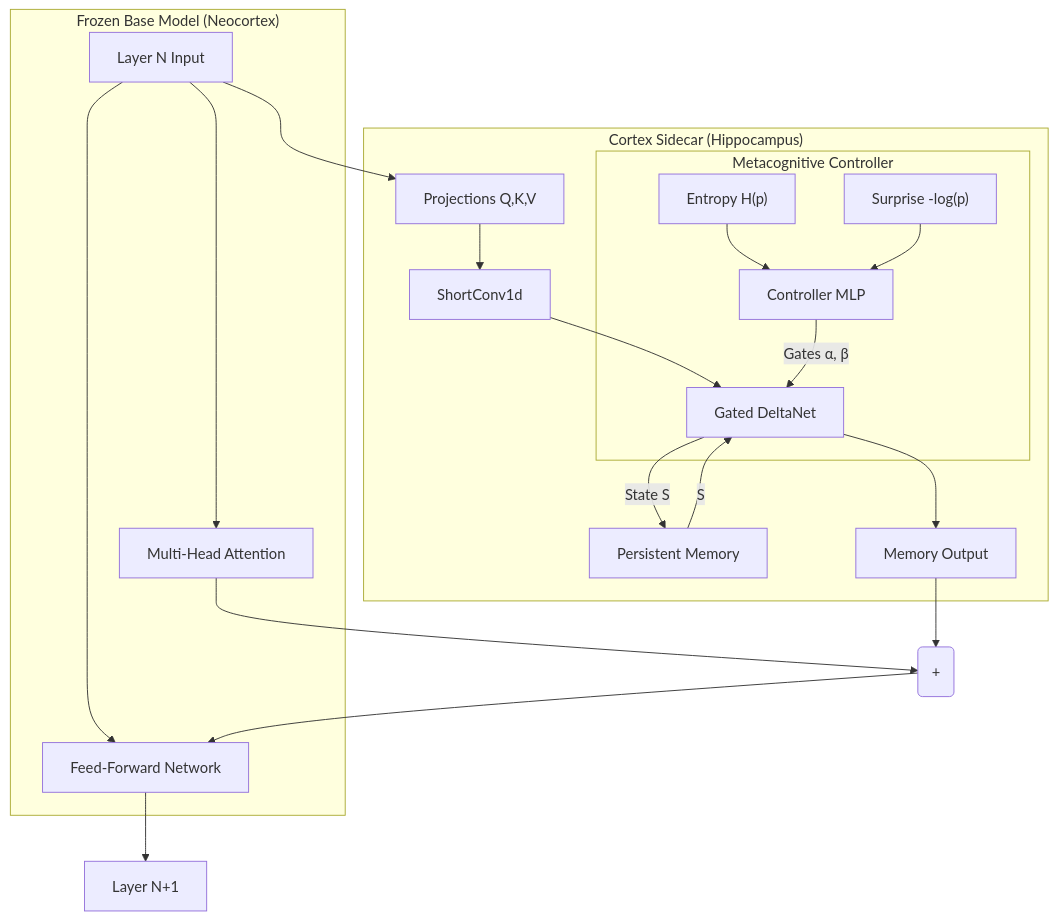
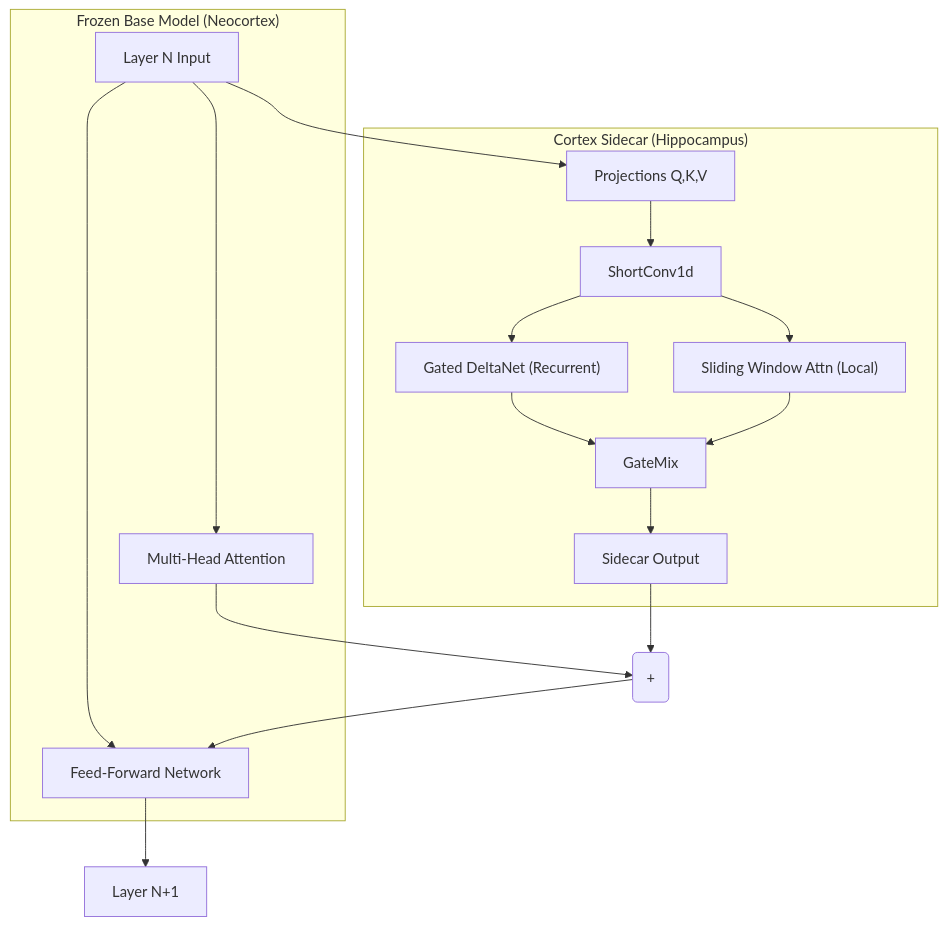
The diagram in README.md (aviad12g/cortex), drawn with Mermaid before and after one commit. The commit also changed other lines of this file and 15 other files, not shown here.

````diff
--- a/README.md
+++ b/README.md
@@ -52,28 +68,24 @@
 ```mermaid
 graph TD
     subgraph "Frozen Base Model (Neocortex)"
         L["Layer N Input"] --> Attn["Multi-Head Attention"]
         L --> FFN["Feed-Forward Network"]
     end
 
     subgraph "Cortex Sidecar (Hippocampus)"
         L --> P["Projections Q,K,V"]
         P --> SC["ShortConv1d"]
-        SC --> GN["Gated DeltaNet"]
+        SC --> GN["Gated DeltaNet (Recurrent)"]
+        SC --> SW["Sliding Window Attn (Local)"]
         
-        subgraph "Metacognitive Controller"
-            M1["Entropy H(p)"] --> C["Controller MLP"]
-            M2["Surprise -log(p)"] --> C
-            C -->|Gates α, β| GN
-        end
+        GN --> GateMix
+        SW --> GateMix
         
-        GN -->|"State S"| MEM["Persistent Memory"]
-        MEM -->|"S"| GN
-        GN --> OUT["Memory Output"]
+        GateMix --> OUT["Sidecar Output"]
     end
 
     Attn --> ADD(+)
     OUT --> ADD
     ADD --> FFN
     FFN --> L_NEXT["Layer N+1"]
 ```
````
